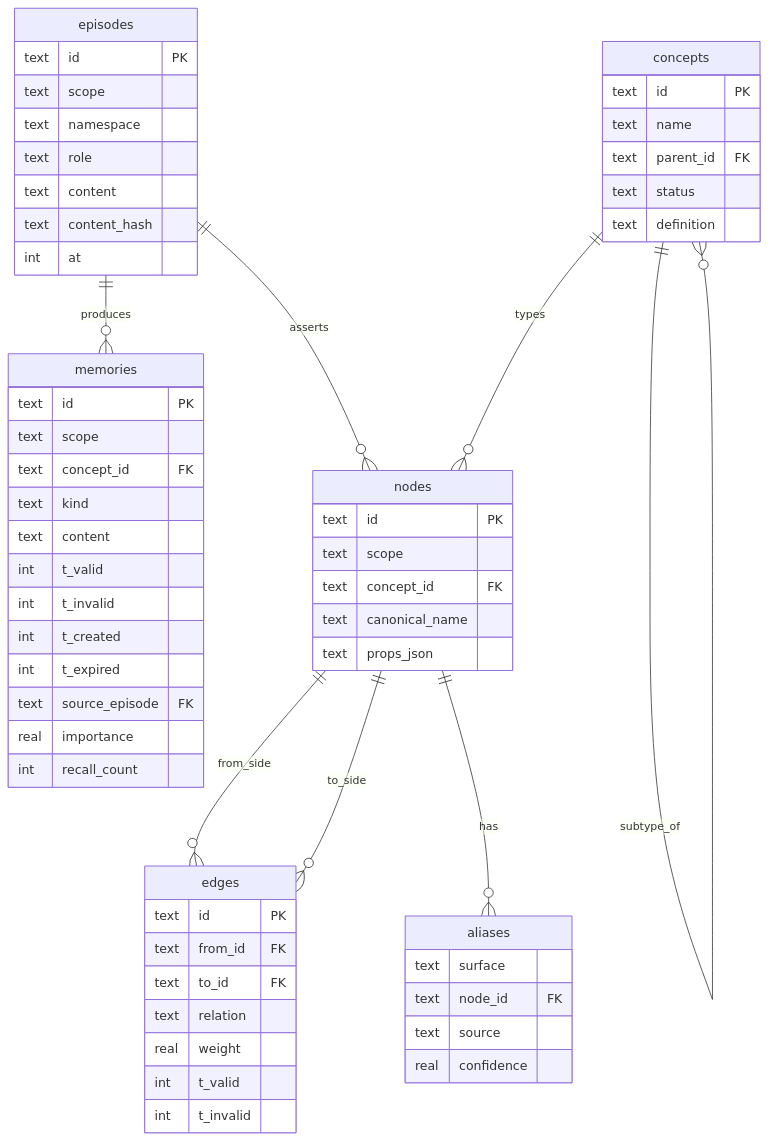
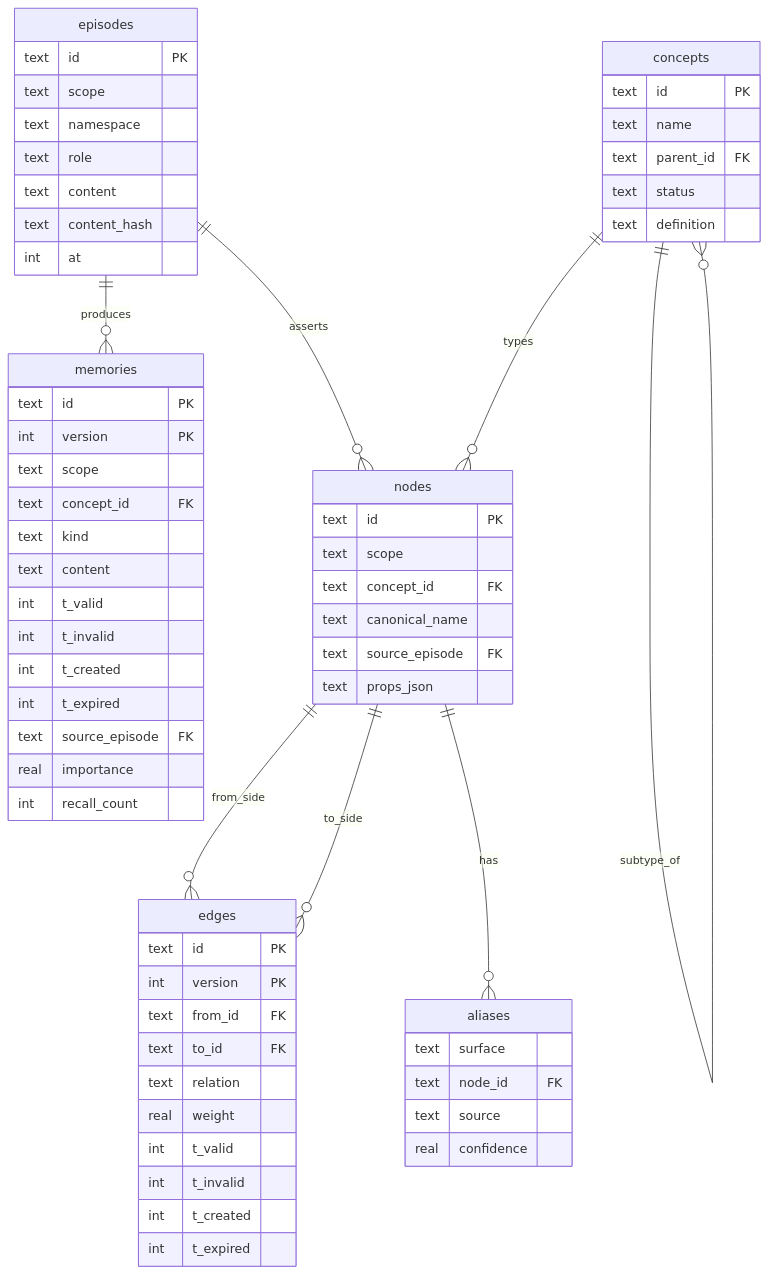
One commit to tim5wang/gmem changed the second of 15 diagrams in docs/TD.md. Above: the diagram before and after it, drawn with Mermaid. The commit also changed other lines of this file, not shown here.

````diff
--- a/docs/TD.md
+++ b/docs/TD.md
@@ -98,62 +99,67 @@
 ```mermaid
 erDiagram
     episodes {
         text id PK
         text scope
         text namespace
         text role
         text content
         text content_hash
         int  at
     }
     memories {
         text id PK
+        int  version PK
         text scope
         text concept_id FK
         text kind
         text content
         int  t_valid
         int  t_invalid
         int  t_created
         int  t_expired
         text source_episode FK
         real importance
         int  recall_count
     }
     nodes {
         text id PK
         text scope
         text concept_id FK
         text canonical_name
+        text source_episode FK
         text props_json
     }
     edges {
         text id PK
+        int  version PK
         text from_id FK
         text to_id FK
         text relation
         real weight
         int  t_valid
         int  t_invalid
+        int  t_created
+        int  t_expired
     }
     concepts {
         text id PK
         text name
         text parent_id FK
         text status
         text definition
     }
     aliases {
         text surface
         text node_id FK
         text source
         real confidence
     }
     episodes ||--o{ memories : produces
     episodes ||--o{ nodes : asserts
     nodes ||--o{ edges : from_side
     nodes ||--o{ edges : to_side
     concepts ||--o{ nodes : types
     nodes ||--o{ aliases : has
     concepts ||--o{ concepts : subtype_of
 ```
````
